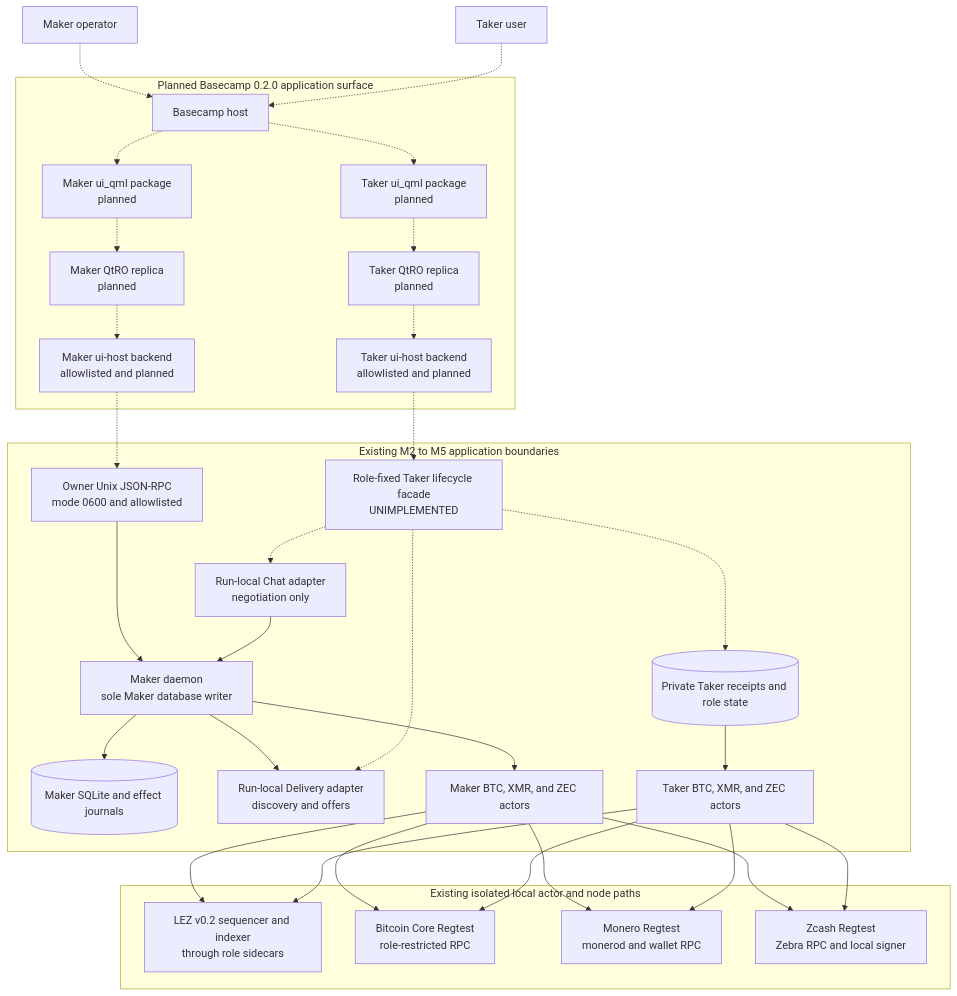
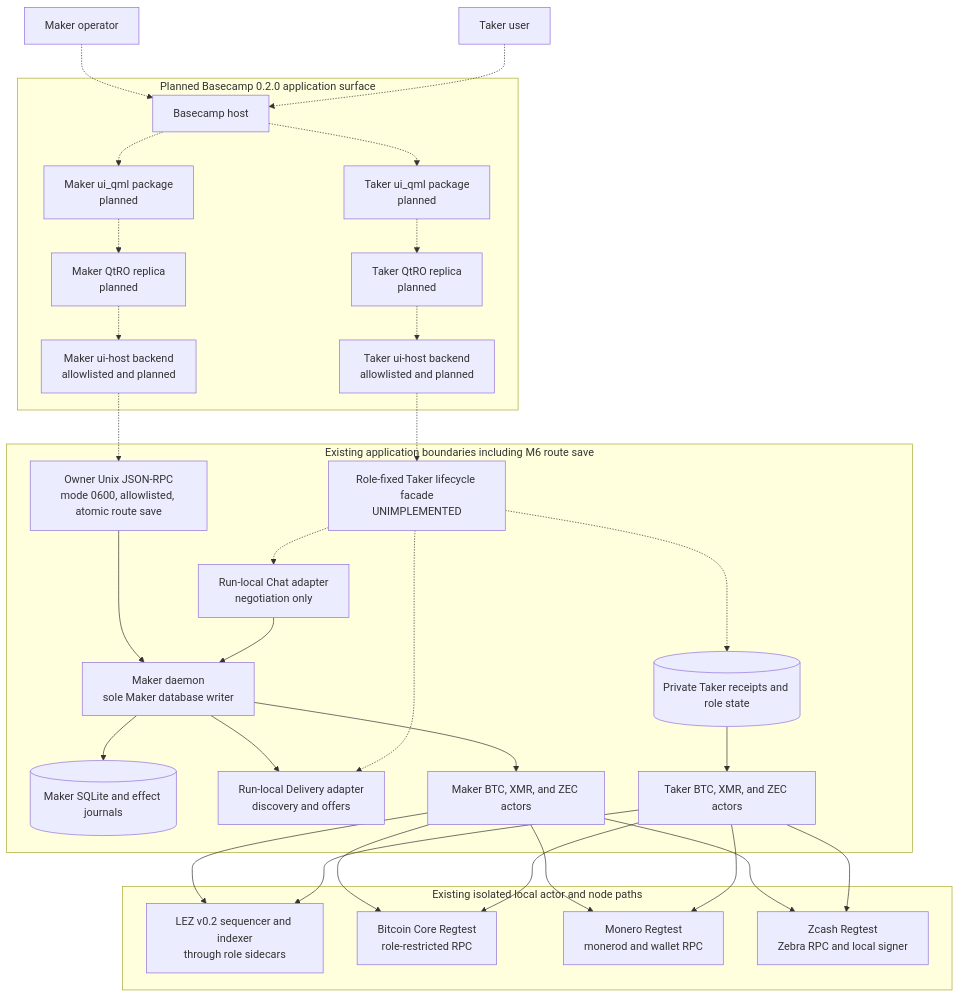
The second of 34 diagrams in docs/architecture/system-architecture.md (gateway-fm/lez-atomic-swaps), drawn with Mermaid before and after one commit. The commit also changed other lines of this file and 8 other files, not shown here.

Commit message:
docs(m6): record atomic maker route boundary

````diff
--- a/docs/architecture/system-architecture.md
+++ b/docs/architecture/system-architecture.md
@@ -52,64 +58,64 @@
 ```mermaid
 flowchart TB
     MakerOperator["Maker operator"]
     TakerUser["Taker user"]
 
     subgraph BasecampTarget["Planned Basecamp 0.2.0 application surface"]
         Basecamp["Basecamp host"]
         MakerQml["Maker ui_qml package<br/>planned"]
         TakerQml["Taker ui_qml package<br/>planned"]
         MakerQtro["Maker QtRO replica<br/>planned"]
         TakerQtro["Taker QtRO replica<br/>planned"]
         MakerHost["Maker ui-host backend<br/>allowlisted and planned"]
         TakerHost["Taker ui-host backend<br/>allowlisted and planned"]
     end
 
-    subgraph ExistingApplication["Existing M2 to M5 application boundaries"]
-        MakerRpc["Owner Unix JSON-RPC<br/>mode 0600 and allowlisted"]
+    subgraph ExistingApplication["Existing application boundaries including M6 route save"]
+        MakerRpc["Owner Unix JSON-RPC<br/>mode 0600, allowlisted, atomic route save"]
         MakerDaemon["Maker daemon<br/>sole Maker database writer"]
         MakerDb[("Maker SQLite and effect journals")]
         Delivery["Run-local Delivery adapter<br/>discovery and offers"]
         Chat["Run-local Chat adapter<br/>negotiation only"]
         TakerFacade["Role-fixed Taker lifecycle facade<br/>UNIMPLEMENTED"]
         TakerState[("Private Taker receipts and role state")]
         MakerActors["Maker BTC, XMR, and ZEC actors"]
         TakerActors["Taker BTC, XMR, and ZEC actors"]
     end
 
     subgraph LocalChains["Existing isolated local actor and node paths"]
         Lez["LEZ v0.2 sequencer and indexer<br/>through role sidecars"]
         Bitcoin["Bitcoin Core Regtest<br/>role-restricted RPC"]
         Monero["Monero Regtest<br/>monerod and wallet RPC"]
         Zcash["Zcash Regtest<br/>Zebra RPC and local signer"]
     end
 
     MakerOperator -.-> Basecamp
     TakerUser -.-> Basecamp
     Basecamp -.-> MakerQml
     Basecamp -.-> TakerQml
     MakerQml -.-> MakerQtro
     TakerQml -.-> TakerQtro
     MakerQtro -.-> MakerHost
     TakerQtro -.-> TakerHost
     MakerHost -.-> MakerRpc
     TakerHost -.-> TakerFacade
 
     MakerRpc --> MakerDaemon
     MakerDaemon --> MakerDb
     MakerDaemon --> Delivery
     Chat --> MakerDaemon
     MakerDaemon --> MakerActors
     TakerFacade -.-> Delivery
     TakerFacade -.-> Chat
     TakerFacade -.-> TakerState
     TakerState --> TakerActors
 
     MakerActors --> Lez
     MakerActors --> Bitcoin
     MakerActors --> Monero
     MakerActors --> Zcash
     TakerActors --> Lez
     TakerActors --> Bitcoin
     TakerActors --> Monero
     TakerActors --> Zcash
 ```
````
